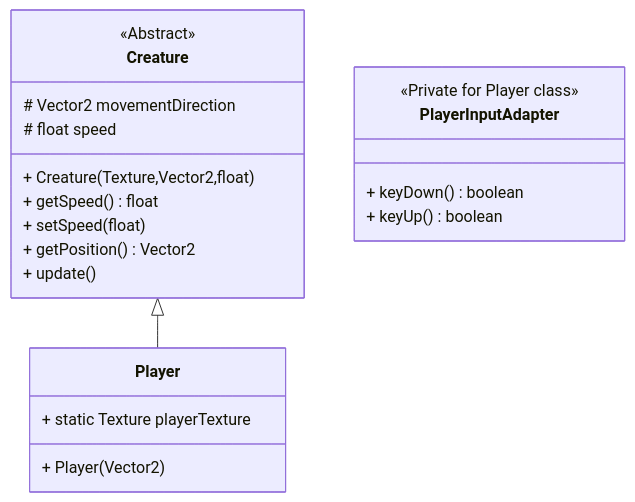
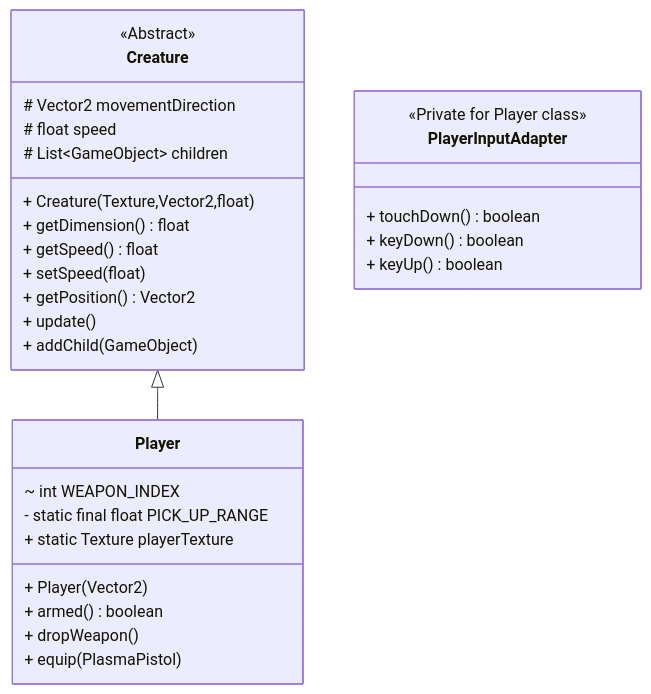
One commit to StrangeClone/PixelStars changed the diagram in core/src/com/pixelstar/gameobject/creature/README.md. Above: the diagram before and after it, drawn with Mermaid. The commit also changed 10 other files, not shown here.

Commit message:
Commit 0.8 - PlasmaPistol can now be dropped and picked up

````diff
--- a/core/src/com/pixelstar/gameobject/creature/README.md
+++ b/core/src/com/pixelstar/gameobject/creature/README.md
@@ -6,23 +6,32 @@
 ```mermaid
 classDiagram
 class Creature {
     <<Abstract>>
     # Vector2 movementDirection
     # float speed
+    # List~GameObject~ children
     + Creature(Texture,Vector2,float)
+    + getDimension() float
     + getSpeed() float
     + setSpeed(float)
     + getPosition() Vector2
     + update()
+    + addChild(GameObject)
 }
 class Player {
+    ~ int WEAPON_INDEX
+    - static final float PICK_UP_RANGE
     + static Texture playerTexture
     + Player(Vector2)
+    + armed() boolean
+    + dropWeapon()
+    + equip(PlasmaPistol)
 }
 Creature <|-- Player
 class PlayerInputAdapter {
     <<Private for Player class>>
+    + touchDown() boolean
     + keyDown() boolean
     + keyUp() boolean
 }
 ```
````
